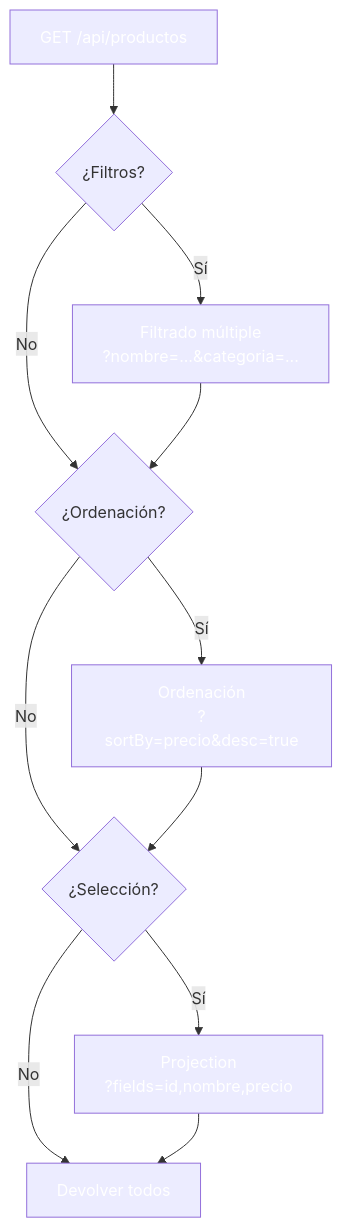
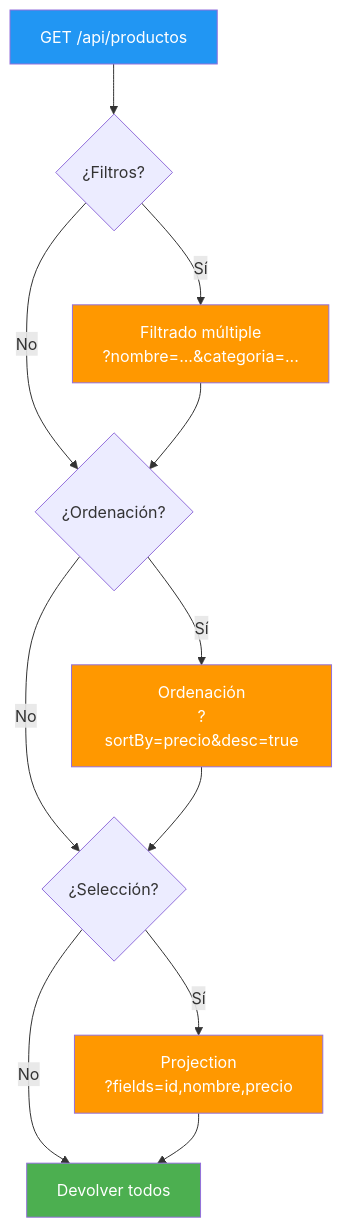
The sixth of 11 diagrams in 08-dtos-mapeadores-validaciones.md (joseluisgs/DesarrolloWebEntornosServidor-02-2026-2027), drawn with Mermaid before and after one commit. The commit also changed other lines of this file and 29 other files, not shown here.

Commit message:
docs: corregir estilos Mermaid y estilo, quitar referencias a la Tienda y reestructurar los retos 13 y 15

````diff
--- a/08-dtos-mapeadores-validaciones.md
+++ b/08-dtos-mapeadores-validaciones.md
@@ -773,19 +773,19 @@
 ```mermaid
 flowchart TD
     A["GET /api/productos"] --> B{"¿Filtros?"}
     B -->|Sí| C["Filtrado múltiple<br/>?nombre=...&categoria=..."]
     B -->|No| D{"¿Ordenación?"}
     C --> D
     D -->|Sí| E["Ordenación<br/>?sortBy=precio&desc=true"]
     D -->|No| F{"¿Selección?"}
     E --> F
     F -->|Sí| G["Projection<br/>?fields=id,nombre,precio"]
     F -->|No| H["Devolver todos"]
     G --> H
 
-    style A fill:#2196F,color:#fff3,color:#fff
-    style C fill:#FF980,color:#fff0,color:#fff
-    style E fill:#FF980,color:#fff0,color:#fff
-    style G fill:#FF980,color:#fff0,color:#fff
-    style H fill:#4CAF5,color:#fff0,color:#fff
+    style A fill:#2196F3,color:#fff
+    style C fill:#FF9800,color:#fff
+    style E fill:#FF9800,color:#fff
+    style G fill:#FF9800,color:#fff
+    style H fill:#4CAF50,color:#fff
 ```
````
